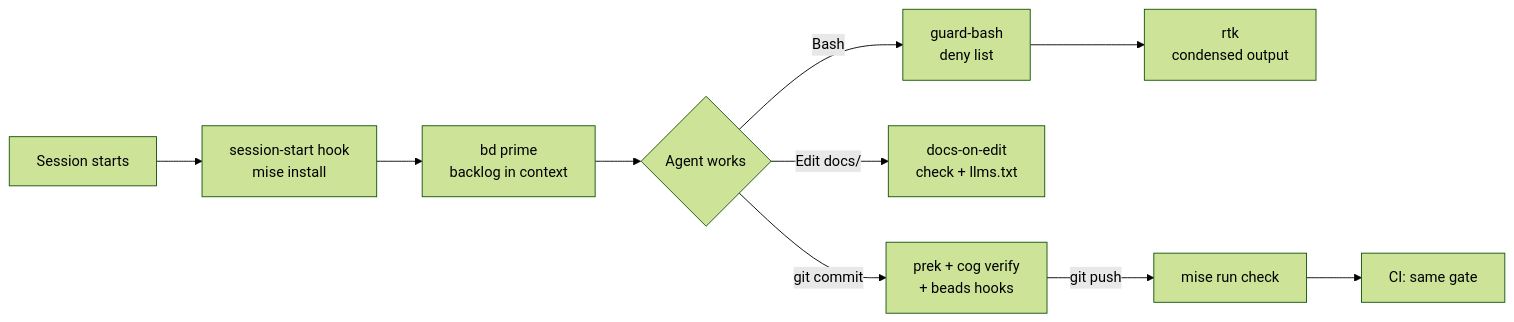
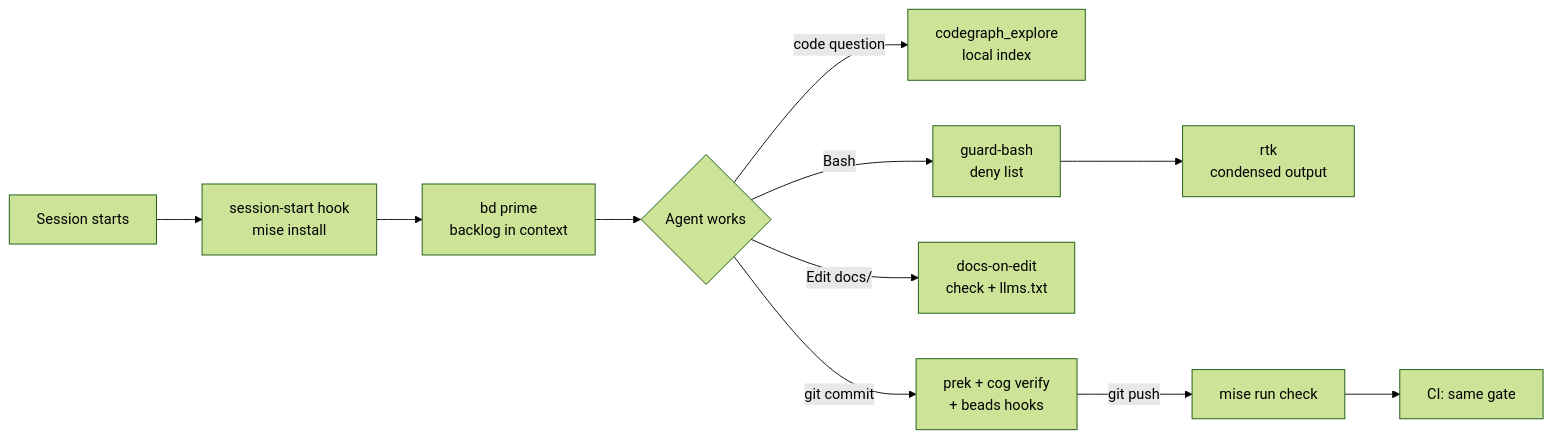
One commit to chussenot/popote changed the diagram in docs/agent-harness.md. Above: the diagram before and after it, drawn with Mermaid (forest theme). The commit also changed other lines of this file and 6 other files, not shown here.

First line of the commit message:
docs(codegraph): document the code graph, its hooks and decision 0004

````diff
--- a/docs/agent-harness.md
+++ b/docs/agent-harness.md
@@ -24,11 +24,12 @@
 ```mermaid
 flowchart LR
     S[Session starts] --> H1[session-start hook<br/>mise install]
     H1 --> H2[bd prime<br/>backlog in context]
+    W -->|code question| CG[codegraph_explore<br/>local index]
     H2 --> W{Agent works}
     W -->|Bash| G[guard-bash<br/>deny list] --> R[rtk<br/>condensed output]
     W -->|Edit docs/| D[docs-on-edit<br/>check + llms.txt]
     W -->|git commit| C[prek + cog verify<br/>+ beads hooks]
     C -->|git push| P[mise run check]
     P --> CI[CI: same gate]
 ```
````
